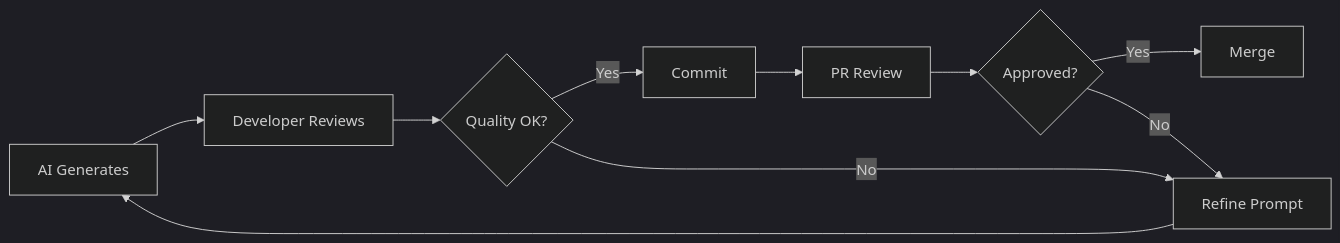
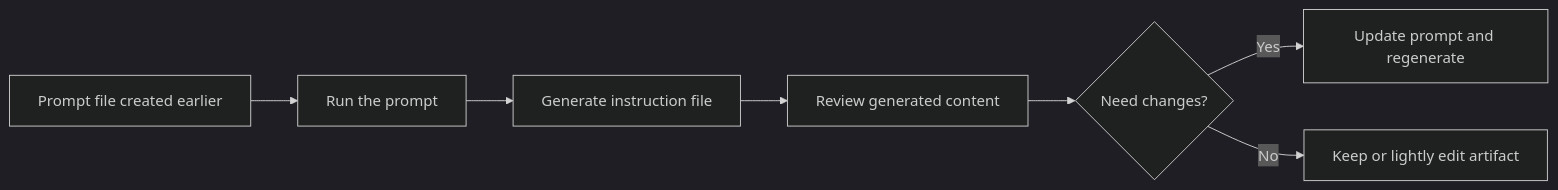
One commit to j0hnnymiller/AI-Assisted-Software-Development changed the first of 2 diagrams in Slides/aiasd-311-tuesday-draft.md. Above: the diagram before and after it, drawn with Mermaid (dark theme). The commit also changed other lines of this file and 9 other files, not shown here.

Commit message:
Regenerate weekday slide decks and update merge script

````diff
--- a/Slides/aiasd-311-tuesday-draft.md
+++ b/Slides/aiasd-311-tuesday-draft.md
@@ -1601,12 +1848,9 @@
 ```mermaid
-graph LR
-    A[AI Generates] --> B[Developer Reviews]
-    B --> C{Quality OK?}
-    C -->|Yes| D[Commit]
-    C -->|No| E[Refine Prompt]
-    E --> A
-    D --> F[PR Review]
-    F --> G{Approved?}
-    G -->|Yes| H[Merge]
-    G -->|No| E
+flowchart LR
+    A[Prompt file created earlier] --> B[Run the prompt]
+    B --> C[Generate instruction file]
+    C --> D[Review generated content]
+    D --> E{Need changes?}
+    E -- Yes --> F[Update prompt and regenerate]
+    E -- No --> G[Keep or lightly edit artifact]
 ```
````
